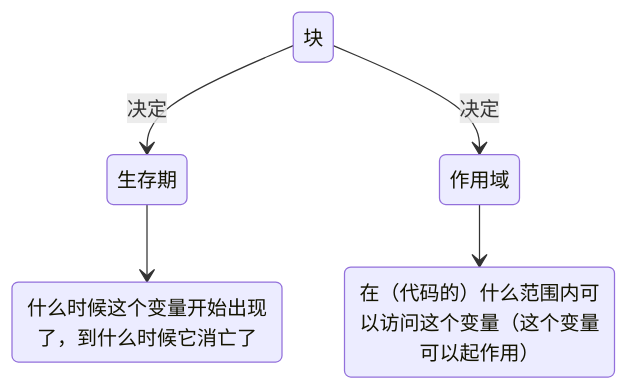
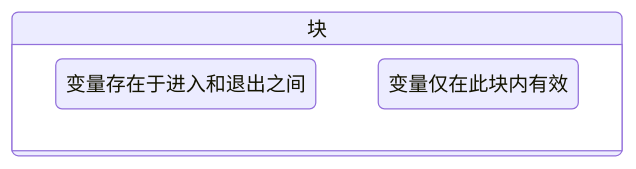
The diagram in my-project/docs/C/7 、函数.md (Gerard-Devlin/TechMind), drawn with Mermaid before and after one commit. The commit also changed other lines of this file and 35 other files, not shown here.

````diff
--- a/my-project/docs/C/7 、函数.md
+++ b/my-project/docs/C/7 、函数.md
@@ -216,7 +222,7 @@
 ```mermaid
 stateDiagram-v2
-块-->生存期:决定
-生存期-->什么时候这个变量开始出现了，到什么时候它消亡了
-块-->作用域:决定
-作用域-->在（代码的）什么范围内可以访问这个变量（这个变量可以起作用）
+state 块 {
+  生存期 : 变量存在于进入和退出之间
+  作用域 : 变量仅在此块内有效
+}
 ```
````
